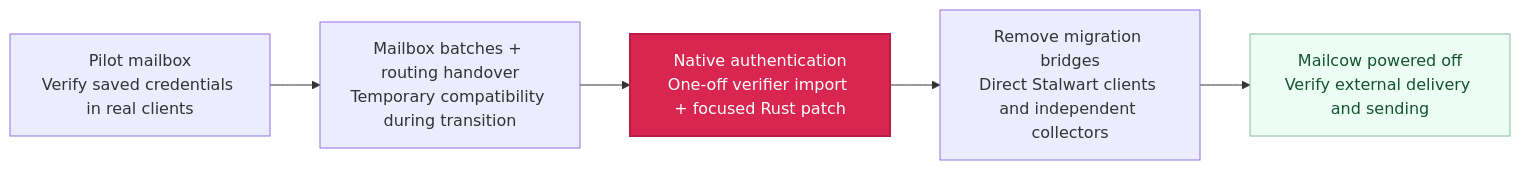
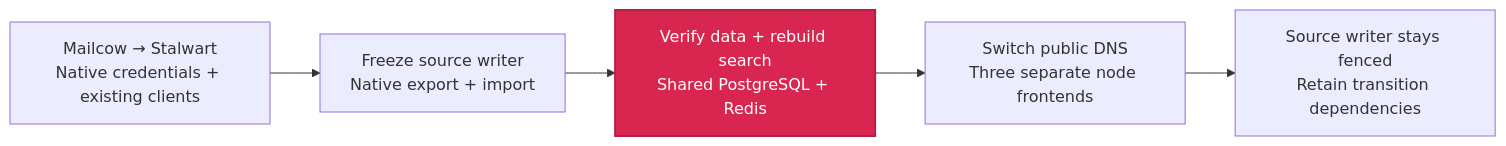
Before and after one commit to Paul1404/astro-portfolio: the diagram in docs/diagrams/pdcd-mail/en-migration.mmd, drawn with Mermaid. The commit also changed 20 other files, not shown here.

Commit message:
Document the Stalwart migration and shared mail architecture on Vertex

```diff
--- a/docs/diagrams/pdcd-mail/en-migration.mmd
+++ b/docs/diagrams/pdcd-mail/en-migration.mmd
@@ -1,13 +1,12 @@
 flowchart LR
-  accTitle: Migration from Mailcow to native Stalwart
-  accDescr: A pilot verified real clients before mailbox batches and routing moved. Password verifiers were imported for native authentication. Temporary bridges were removed and mail flow checked with Mailcow powered off.
-  Pilot["Pilot mailbox<br/>Verify saved credentials in real clients"] --> Batches
-  Batches["Mailbox batches + routing handover<br/>Temporary compatibility during transition"] --> Native
-  Native["Native authentication<br/>One-off verifier import + focused Rust patch"]:::core --> Retire
-  Retire["Remove migration bridges<br/>Direct Stalwart clients and independent collectors"] --> Proven
-  Proven["Mailcow powered off<br/>Verify external delivery and sending"]:::good
+  accTitle: Mailcow to Stalwart to Vertex
+  accDescr: The original Mailcow migration preserved native credentials. The subsequent Vertex migration froze the source writer, imported and verified the native data, rebuilt search and switched the public DNS. The old host remains for transition dependencies.
+  A["Mailcow → Stalwart<br/>Native credentials + existing clients"] --> B["Freeze source writer<br/>Native export + import"]
+  B --> C["Verify data + rebuild search<br/>Shared PostgreSQL + Redis"]:::core
+  C --> D["Switch public DNS<br/>Three separate node frontends"]
+  D --> E["Source writer stays fenced<br/>Retain transition dependencies"]
 
   classDef core fill:#d92650,color:#ffffff,stroke:#b91c45,stroke-width:2px
   classDef store fill:#eff6ff,color:#1e3a5f,stroke:#93b4d5
   classDef good fill:#ecfdf5,color:#14532d,stroke:#86b99e
   classDef warning fill:#fff1f2,color:#9f1239,stroke:#e8a3b4
```
